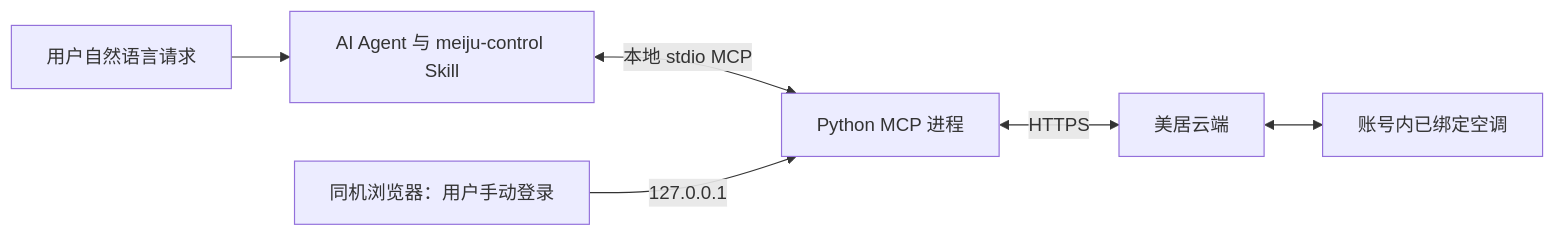
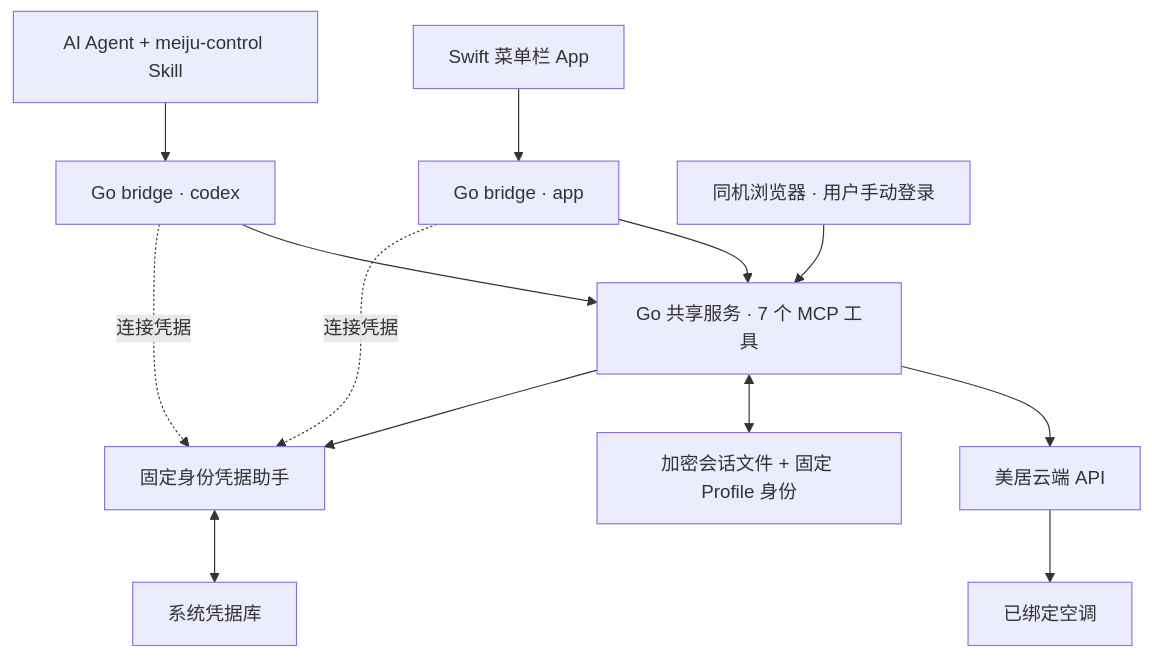
One commit to blackcocwhite/meiju-mcp changed the diagram in README.md. Above: the diagram before and after it, drawn with Mermaid. The commit also changed other lines of this file and 88 other files, not shown here.

````diff
--- a/README.md
+++ b/README.md
@@ -35,8 +23,15 @@
 ```mermaid
-flowchart LR
-    U[用户自然语言请求] --> A[AI Agent 与 meiju-control Skill]
-    A <-->|本地 stdio MCP| M[Python MCP 进程]
-    B[同机浏览器：用户手动登录] -->|127.0.0.1| M
-    M <-->|HTTPS| C[美居云端]
-    C <--> D[账号内已绑定空调]
+flowchart TD
+    A[Swift 菜单栏 App] --> BA[Go bridge · app]
+    U[AI Agent + meiju-control Skill] --> BC[Go bridge · codex]
+    BA --> G[Go 共享服务 · 7 个 MCP 工具]
+    BC --> G
+    B[同机浏览器 · 用户手动登录] --> G
+    G --> C[美居云端 API]
+    C --> D[已绑定空调]
+    G <--> S[加密会话文件 + 固定 Profile 身份]
+    G --> H[固定身份凭据助手]
+    BA -.连接凭据.-> H
+    BC -.连接凭据.-> H
+    H <--> K[系统凭据库]
 ```
````
